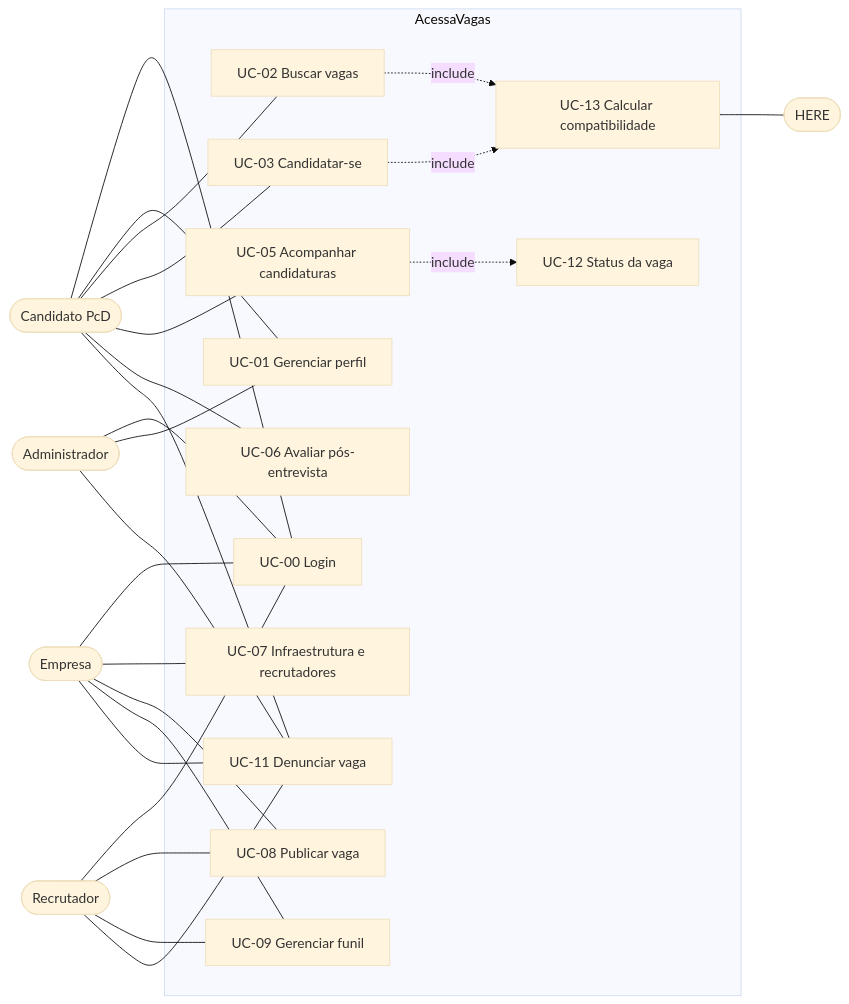
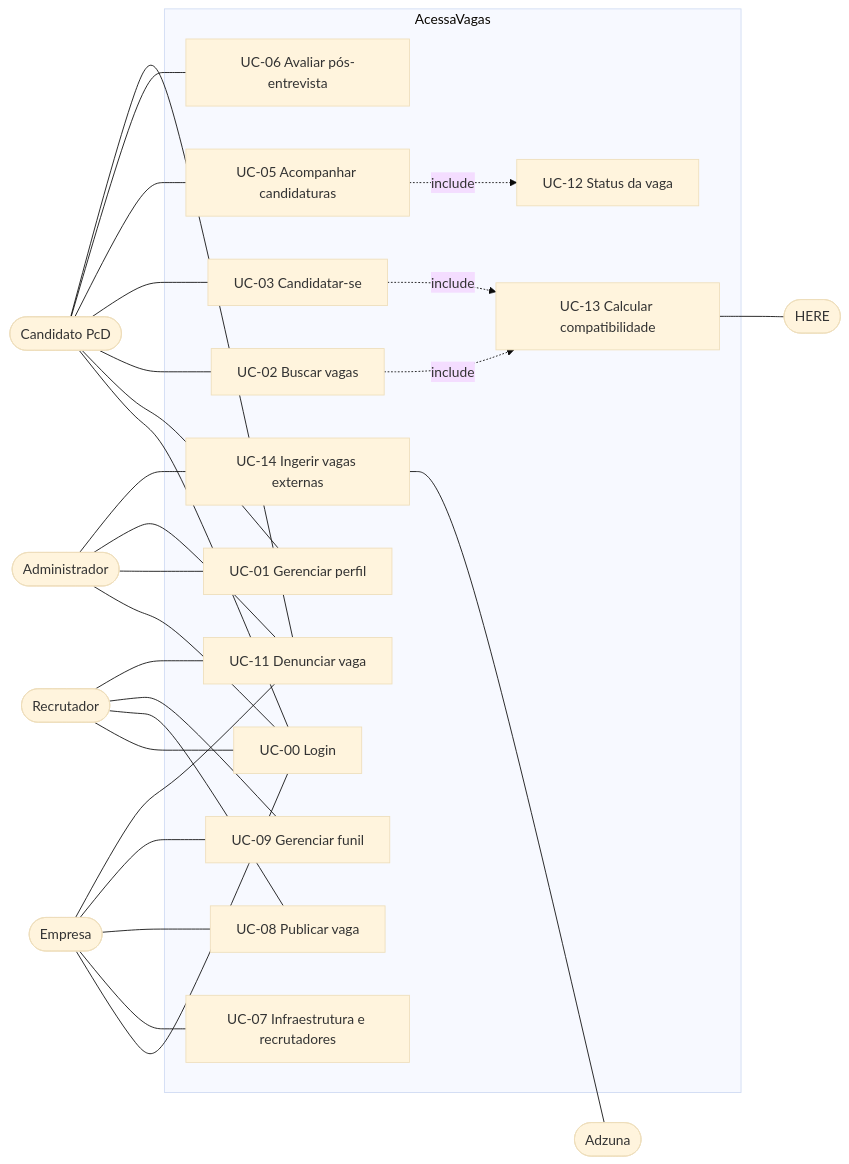
The diagram in docs/Casos De Uso/UC-geral.md (rafael-marquart/Trabalho_ModelagemDeSistema), drawn with Mermaid (base theme) before and after one commit. The commit also changed other lines of this file and 26 other files, not shown here.

First line of the commit message:
docs(spec-006): documentação revisada atualizada para vagas externas implementadas

````diff
--- a/docs/Casos De Uso/UC-geral.md
+++ b/docs/Casos De Uso/UC-geral.md
@@ -51,30 +51,33 @@
 ```mermaid
 flowchart LR
   C([Candidato PcD])
   E([Empresa])
   R([Recrutador])
   A([Administrador])
   H([HERE])
   subgraph AcessaVagas
     UC00[UC-00 Login]
     UC01[UC-01 Gerenciar perfil]
     UC02[UC-02 Buscar vagas]
     UC03[UC-03 Candidatar-se]
     UC05[UC-05 Acompanhar candidaturas]
     UC06[UC-06 Avaliar pós-entrevista]
     UC07[UC-07 Infraestrutura e recrutadores]
     UC08[UC-08 Publicar vaga]
     UC09[UC-09 Gerenciar funil]
     UC11[UC-11 Denunciar vaga]
     UC12[UC-12 Status da vaga]
     UC13[UC-13 Calcular compatibilidade]
+    UC14[UC-14 Ingerir vagas externas]
   end
+  Z([Adzuna])
   C --- UC00 & UC01 & UC02 & UC03 & UC05 & UC06 & UC11
   E --- UC00 & UC07 & UC08 & UC09 & UC11
   R --- UC00 & UC08 & UC09 & UC11
-  A --- UC00 & UC01 & UC11
+  A --- UC00 & UC01 & UC11 & UC14
   UC02 -. include .-> UC13
   UC03 -. include .-> UC13
   UC05 -. include .-> UC12
   UC13 --- H
+  UC14 --- Z
 ```
````
